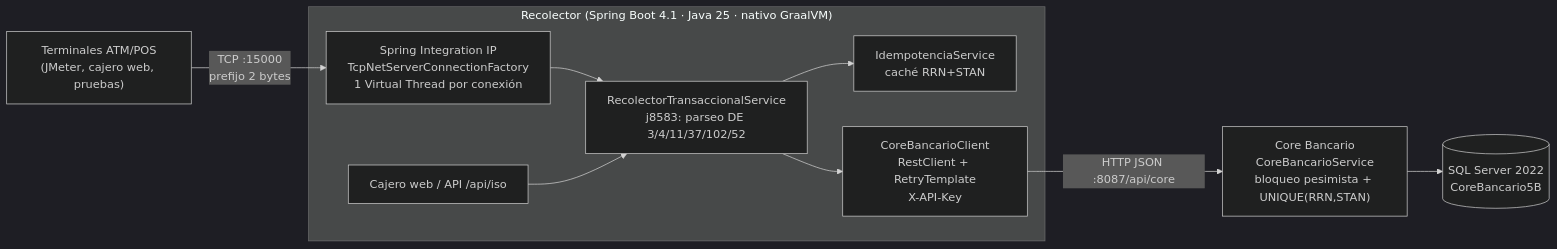
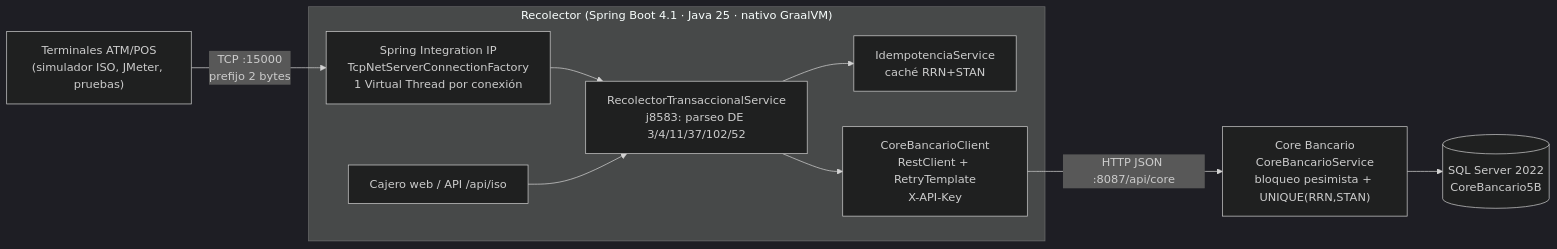
The diagram in README.md (IanB0506/Cajero-Automatico), drawn with Mermaid (dark theme) before and after one commit. The commit also changed other lines of this file and 6 other files, not shown here.

````diff
--- a/README.md
+++ b/README.md
@@ -186,12 +207,12 @@
 ```mermaid
 flowchart LR
-    T["Terminales ATM/POS<br/>(JMeter, cajero web, pruebas)"] -- "TCP :15000<br/>prefijo 2 bytes" --> GW
+    T["Terminales ATM/POS<br/>(simulador ISO, JMeter, pruebas)"] -- "TCP :15000<br/>prefijo 2 bytes" --> GW
     subgraph APP["Recolector (Spring Boot 4.1 · Java 25 · nativo GraalVM)"]
         GW["Spring Integration IP<br/>TcpNetServerConnectionFactory<br/>1 Virtual Thread por conexión"] --> REC["RecolectorTransaccionalService<br/>j8583: parseo DE 3/4/11/37/102/52"]
         REC --> IDEM["IdempotenciaService<br/>caché RRN+STAN"]
         REC --> CLI["CoreBancarioClient<br/>RestClient + RetryTemplate<br/>X-API-Key"]
         WEB["Cajero web / API /api/iso"] --> REC
     end
     CLI -- "HTTP JSON :8087/api/core" --> CORE["Core Bancario<br/>CoreBancarioService<br/>bloqueo pesimista + UNIQUE(RRN,STAN)"]
     CORE --> DB[("SQL Server 2022<br/>CoreBancario5B")]
 ```
````
